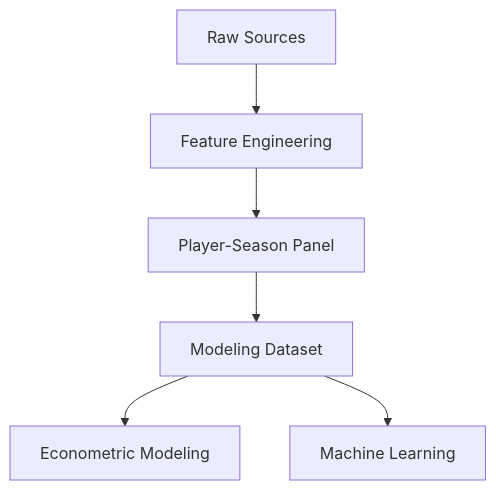
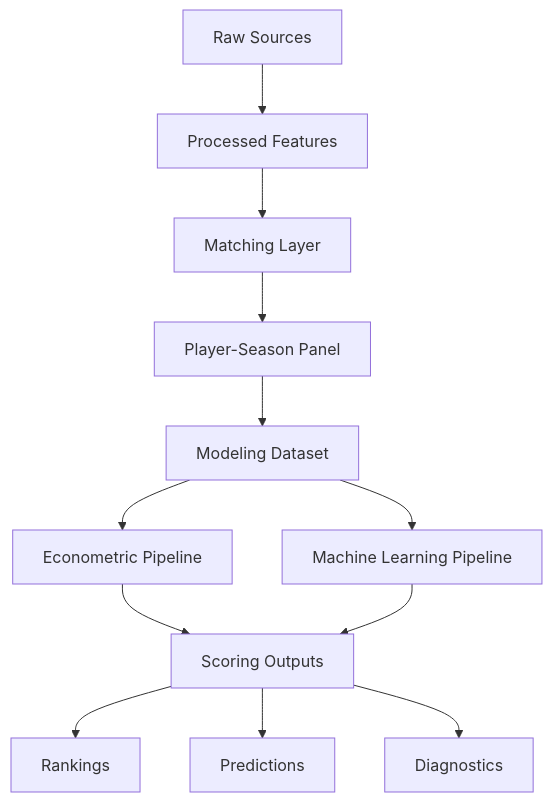
The first of 2 diagrams in docs/schema_decisions.md (manuelpeba/market-value-football-tfm), drawn with Mermaid before and after one commit. The commit also changed other lines of this file and 10 other files, not shown here.

Commit message:
docs: redesign technical documentation for modular analytics architecture

````diff
--- a/docs/schema_decisions.md
+++ b/docs/schema_decisions.md
@@ -76,12 +131,21 @@
-```mermaid
+```mermaid id="v8bgr5"
 flowchart TD
 
-A[Raw Sources] --> B[Feature Engineering]
+A[Raw Sources] --> B[Processed Features]
 
-B --> C[Player-Season Panel]
+B --> C[Matching Layer]
 
-C --> D[Modeling Dataset]
+C --> D[Player-Season Panel]
 
-D --> E[Econometric Modeling]
-D --> F[Machine Learning]
+D --> E[Modeling Dataset]
+
+E --> F[Econometric Pipeline]
+E --> G[Machine Learning Pipeline]
+
+F --> H[Scoring Outputs]
+G --> H
+
+H --> I[Rankings]
+H --> J[Predictions]
+H --> K[Diagnostics]
 ```
````
